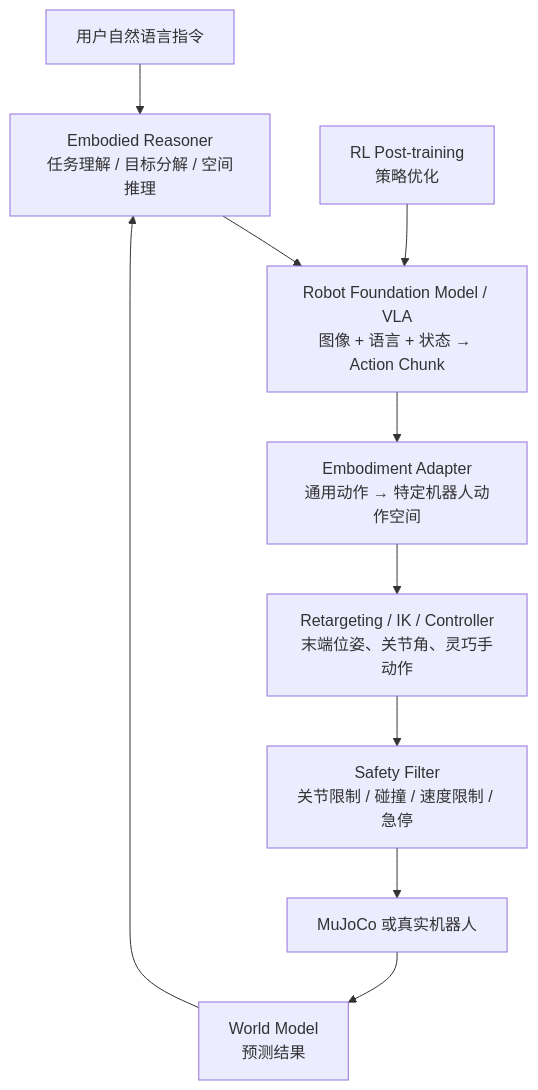
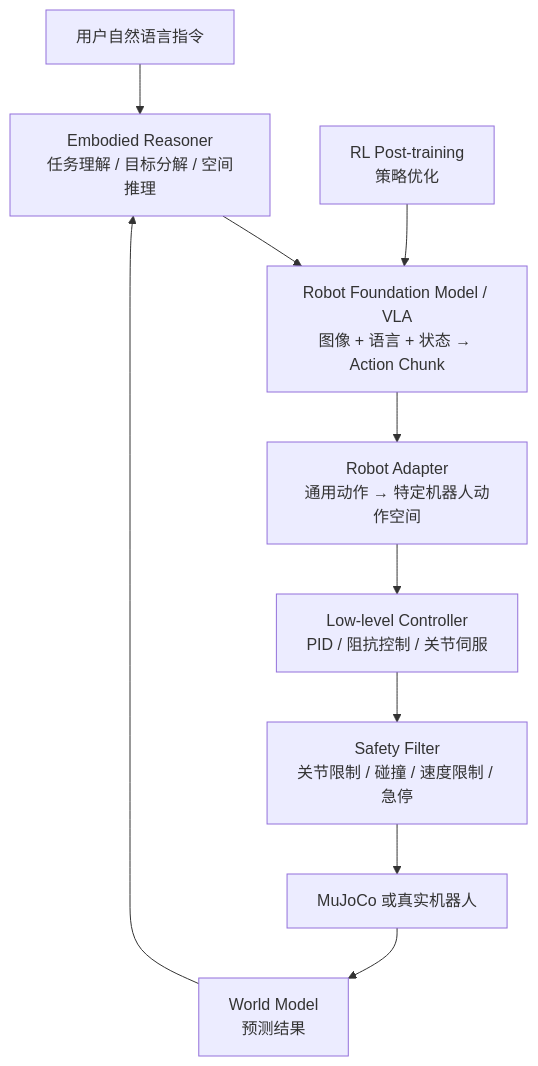
Before and after one commit to Dld0621/Embodied-AI-Zero-to-Hero: the first of 2 diagrams in docs/23-robot-foundation-models.md, drawn with Mermaid. The commit also changed other lines of this file and 29 other files, not shown here.

````diff
--- a/docs/23-robot-foundation-models.md
+++ b/docs/23-robot-foundation-models.md
@@ -43,13 +43,13 @@
 ```mermaid
 flowchart TD
     A["用户自然语言指令"] --> B["Embodied Reasoner<br/>任务理解 / 目标分解 / 空间推理"]
     B --> C["Robot Foundation Model / VLA<br/>图像 + 语言 + 状态 → Action Chunk"]
-    C --> D["Embodiment Adapter<br/>通用动作 → 特定机器人动作空间"]
-    D --> E["Retargeting / IK / Controller<br/>末端位姿、关节角、灵巧手动作"]
+    C --> D["Robot Adapter<br/>通用动作 → 特定机器人动作空间"]
+    D --> E["Low-level Controller<br/>PID / 阻抗控制 / 关节伺服"]
     E --> F["Safety Filter<br/>关节限制 / 碰撞 / 速度限制 / 急停"]
     F --> G["MuJoCo 或真实机器人"]
 
     H["World Model<br/>预测结果"] --> B
     I["RL Post-training<br/>策略优化"] --> C
     G --> H
 ```
````
